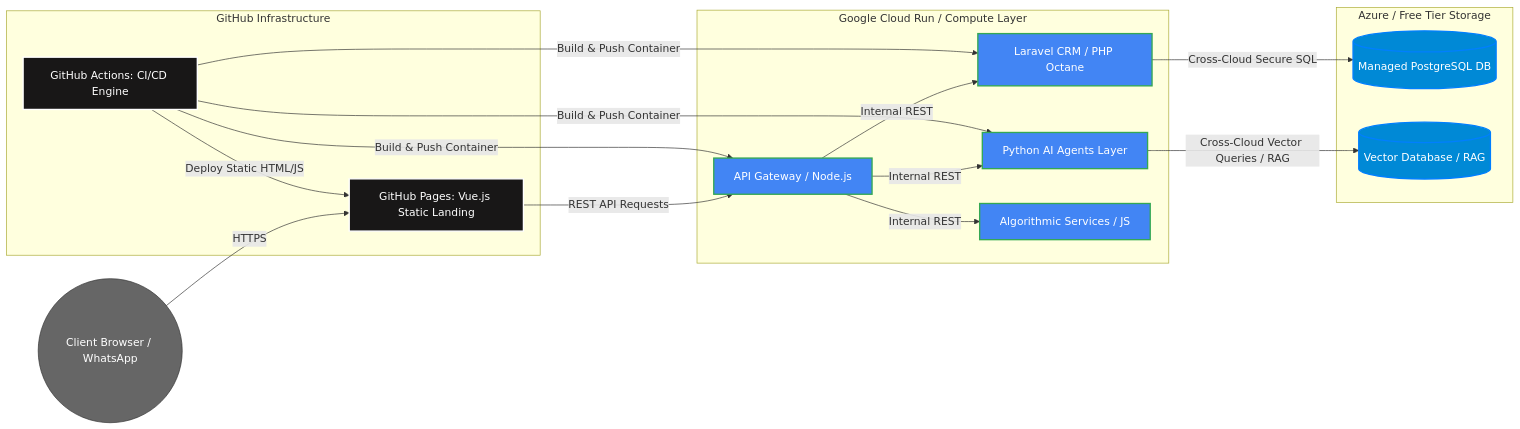
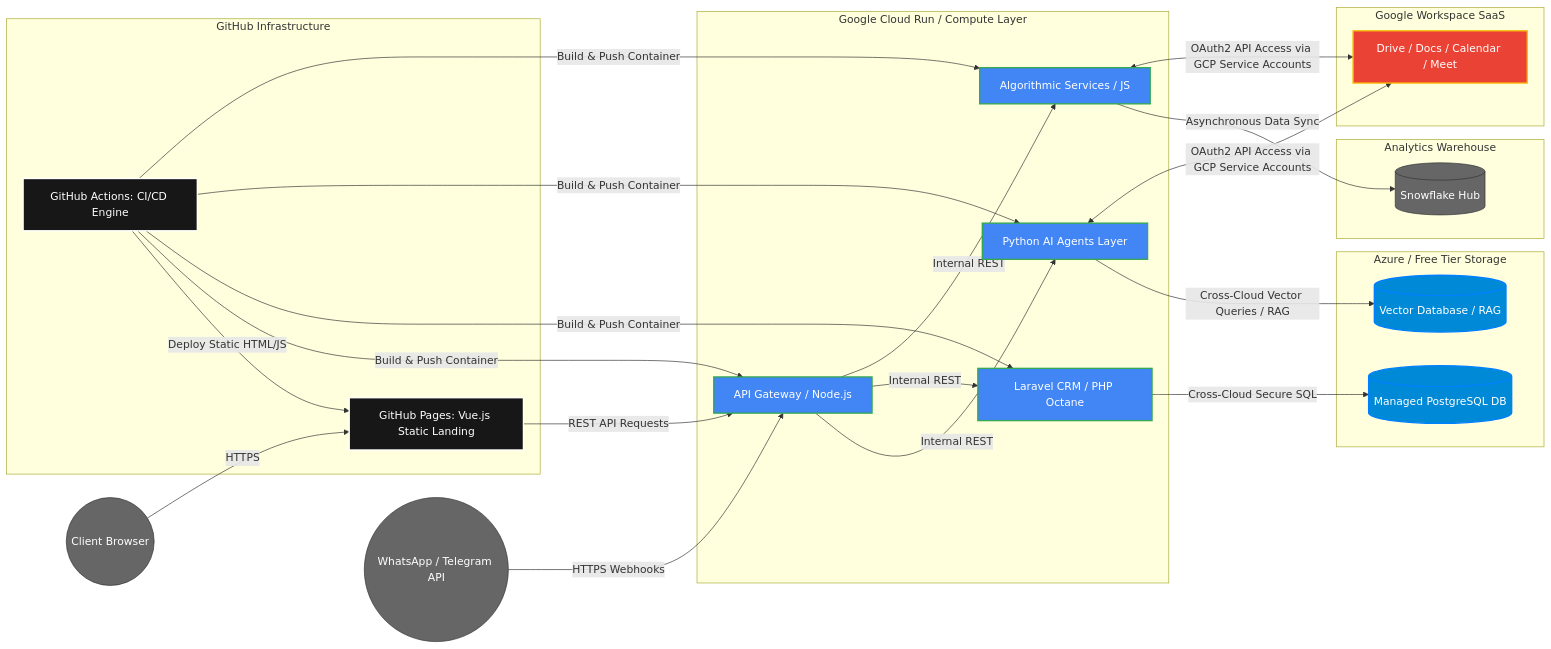
The second of 2 diagrams in docs/UML_ARCHITECTURE.md (worldhorizontechnology/services), drawn with Mermaid before and after one commit. The commit also changed other lines of this file, not shown here.

````diff
--- a/docs/UML_ARCHITECTURE.md
+++ b/docs/UML_ARCHITECTURE.md
@@ -85,42 +102,55 @@
 ```mermaid
 graph LR
     classDef github fill:#181717,stroke:#fff,stroke-width:2px,color:#fff;
     classDef gcp fill:#4285F4,stroke:#34A853,stroke-width:2px,color:#fff;
     classDef azure fill:#0089D6,stroke:#007FFF,stroke-width:2px,color:#fff;
+    classDef workspace fill:#EA4335,stroke:#FBBC05,stroke-width:2px,color:#fff;
     classDef user fill:#666,stroke:#333,stroke-width:1px,color:#fff;
 
     subgraph GH [GitHub Infrastructure]
         Pages[GitHub Pages: Vue.js Static Landing]:::github
         Actions[GitHub Actions: CI/CD Engine]:::github
     end
 
     subgraph GoogleCloud [Google Cloud Run / Compute Layer]
         GW[API Gateway / Node.js]:::gcp
         CRM[Laravel CRM / PHP Octane]:::gcp
         AI[Python AI Agents Layer]:::gcp
         Algo[Algorithmic Services / JS]:::gcp
     end
 
     subgraph MSAzure [Azure / Free Tier Storage]
         Postgres[(Managed PostgreSQL DB)]:::azure
         VectorDB[(Vector Database / RAG)]:::azure
     end
 
-    %% Deployment Automation Flow
+    subgraph GWorkspace [Google Workspace SaaS]
+        Workspace_API["Drive / Docs / Calendar / Meet"]:::workspace
+    end
+
+    subgraph Analytics_Hub [Analytics Warehouse]
+        Snowflake[(Snowflake Hub)]:::user
+    end
+
+    %% Deployment Automation Flow (Добавлен деплой для Algo)
     Actions -->|Deploy Static HTML/JS| Pages
     Actions -->|Build & Push Container| GW
     Actions -->|Build & Push Container| CRM
     Actions -->|Build & Push Container| AI
+    Actions -->|Build & Push Container| Algo
 
-    %% Production Runtime Traffic
-    User((Client Browser / WhatsApp)):::user -->|HTTPS| Pages
+    %% Production Runtime Traffic (Разделен трафик браузера и вебхуков мессенджеров)
+    User_Browser((Client Browser)):::user -->|HTTPS| Pages
+    Webhooks((WhatsApp / Telegram API)):::user -->|HTTPS Webhooks| GW
     Pages -->|REST API Requests| GW
     
     GW -->|Internal REST| AI
     GW -->|Internal REST| CRM
     GW -->|Internal REST| Algo
 
-    %% Cross-Cloud Data Connectivity
+    %% Cross-Cloud Data Connectivity & Integrations (Добавлен Snowflake и Workspace)
     CRM -->|Cross-Cloud Secure SQL| Postgres
     AI -->|Cross-Cloud Vector Queries / RAG| VectorDB
+    Algo -->|Asynchronous Data Sync| Snowflake
+    AI & Algo <-->|OAuth2 API Access via GCP Service Accounts| Workspace_API
 ```
````
